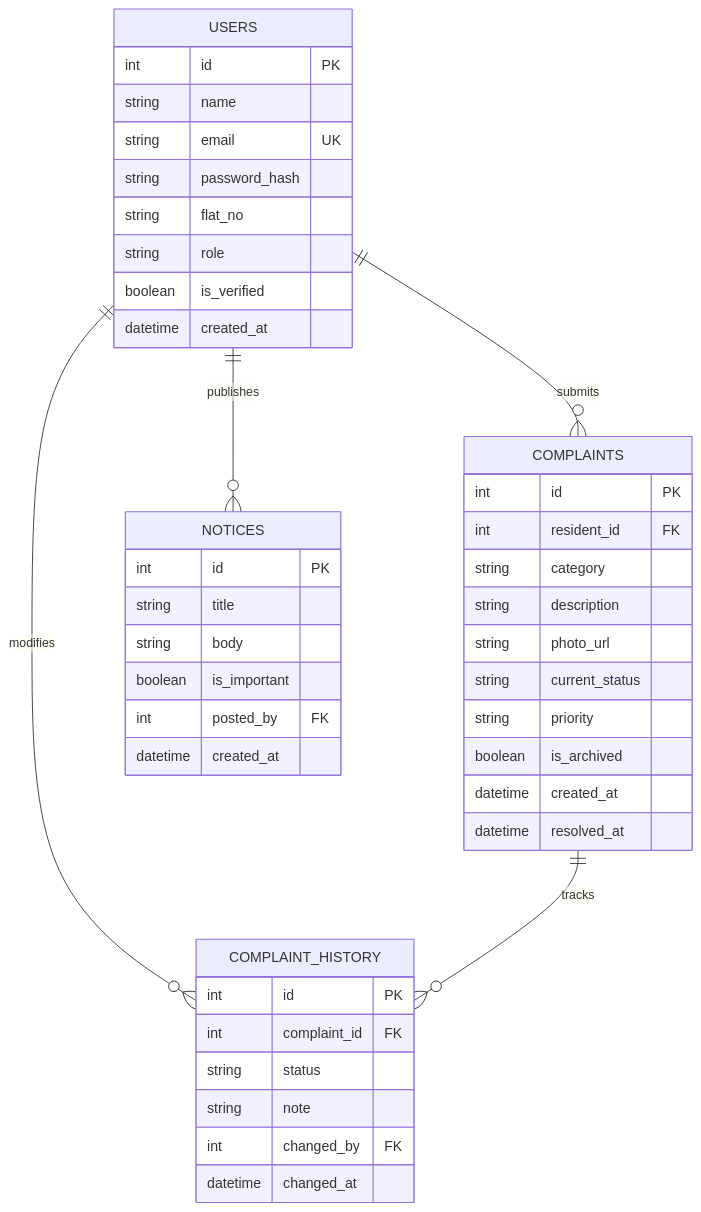
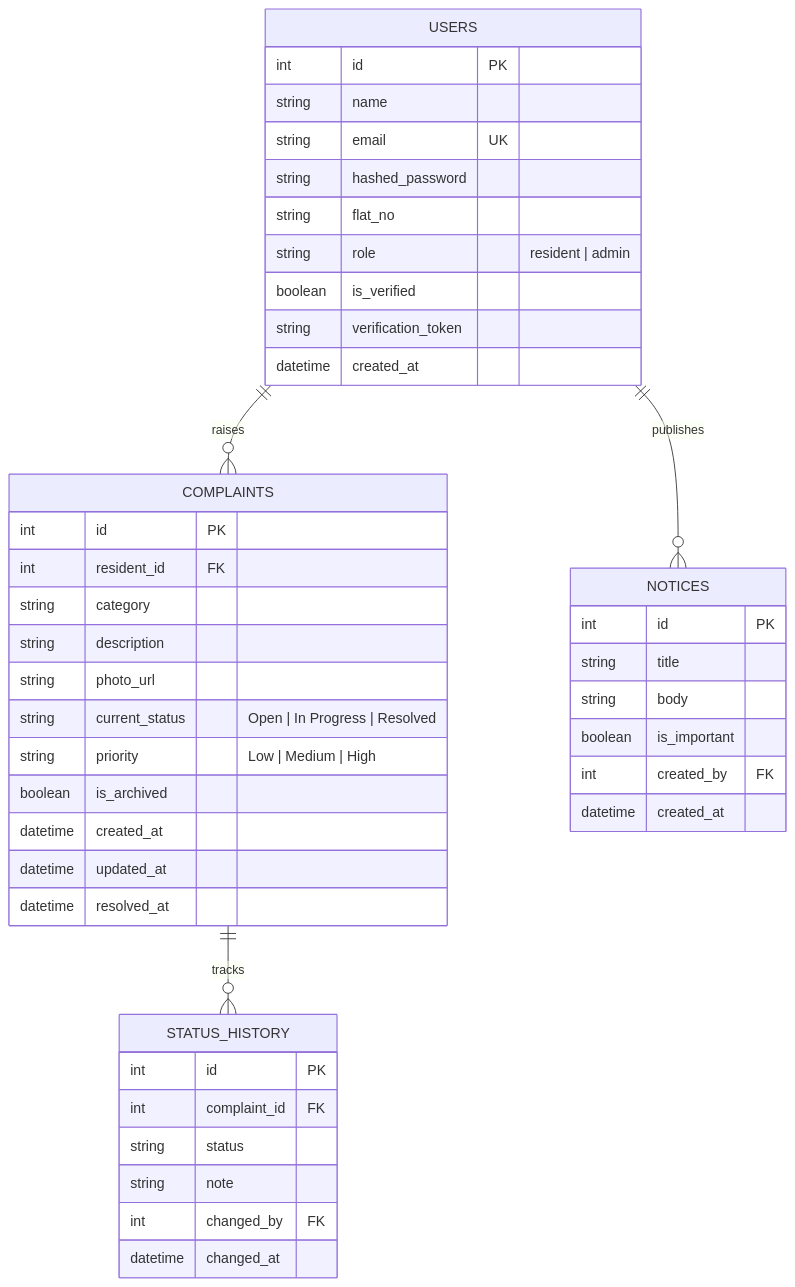
Before and after one commit to tushar1121s/FixMyMohalla: the diagram in Readme.md, drawn with Mermaid. The commit also changed other lines of this file, not shown here.

Commit message:
docs: complete enterprise production-grade readme with full api spec and architecture

````diff
--- a/Readme.md
+++ b/Readme.md
@@ -321,49 +331,50 @@
 ```mermaid
 erDiagram
-    USERS ||--o{ COMPLAINTS : "submits"
+    USERS ||--o{ COMPLAINTS : "raises"
     USERS ||--o{ NOTICES : "publishes"
-    USERS ||--o{ COMPLAINT_HISTORY : "modifies"
-    COMPLAINTS ||--o{ COMPLAINT_HISTORY : "tracks"
+    COMPLAINTS ||--o{ STATUS_HISTORY : "tracks"
 
     USERS {
         int id PK
         string name
         string email UK
-        string password_hash
+        string hashed_password
         string flat_no
-        string role
+        string role "resident | admin"
         boolean is_verified
+        string verification_token
         datetime created_at
     }
 
     COMPLAINTS {
         int id PK
         int resident_id FK
         string category
         string description
         string photo_url
-        string current_status
-        string priority
+        string current_status "Open | In Progress | Resolved"
+        string priority "Low | Medium | High"
         boolean is_archived
         datetime created_at
+        datetime updated_at
         datetime resolved_at
     }
 
-    COMPLAINT_HISTORY {
+    STATUS_HISTORY {
         int id PK
         int complaint_id FK
         string status
         string note
         int changed_by FK
         datetime changed_at
     }
 
     NOTICES {
         int id PK
         string title
         string body
         boolean is_important
-        int posted_by FK
+        int created_by FK
         datetime created_at
     }
 ```
````
